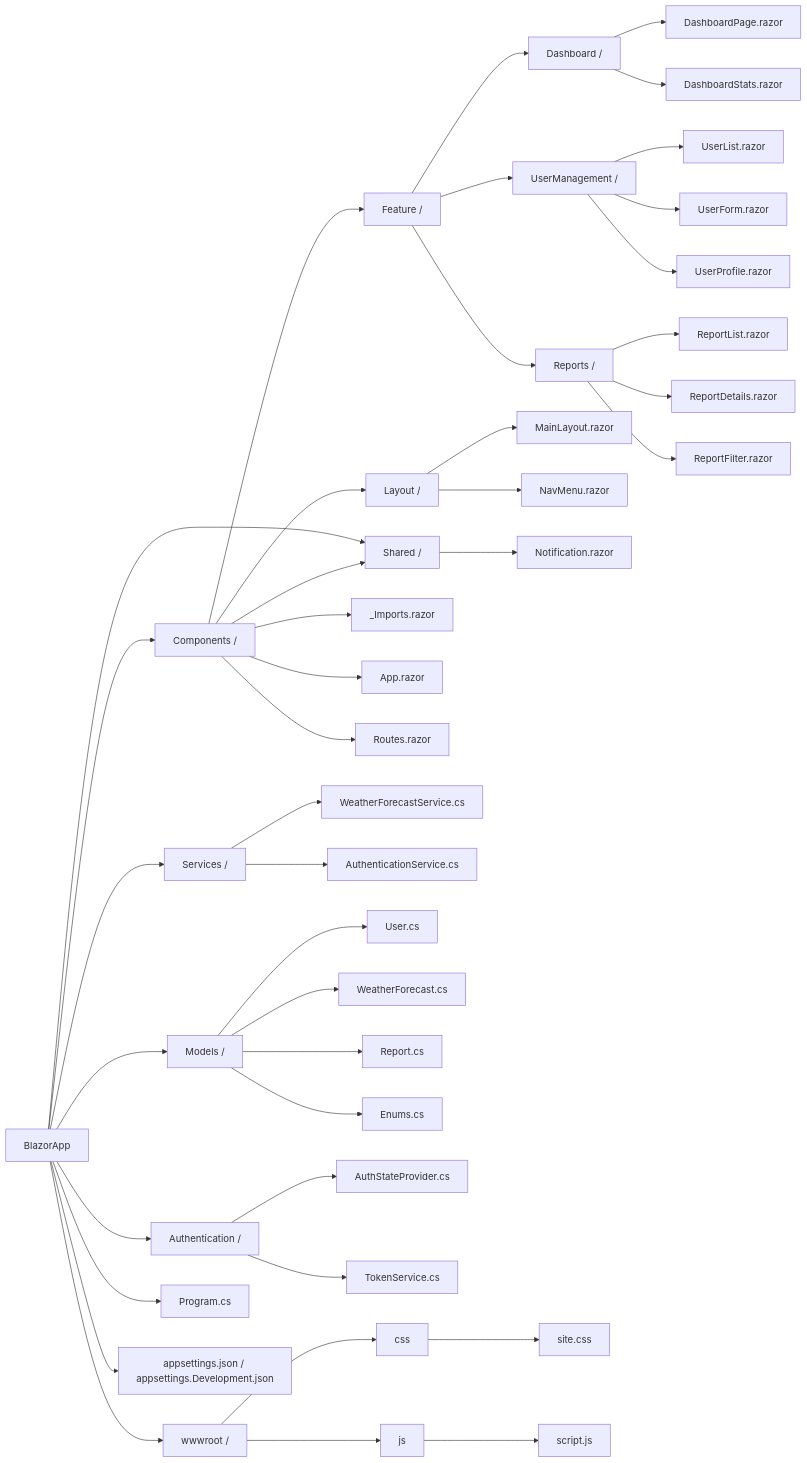
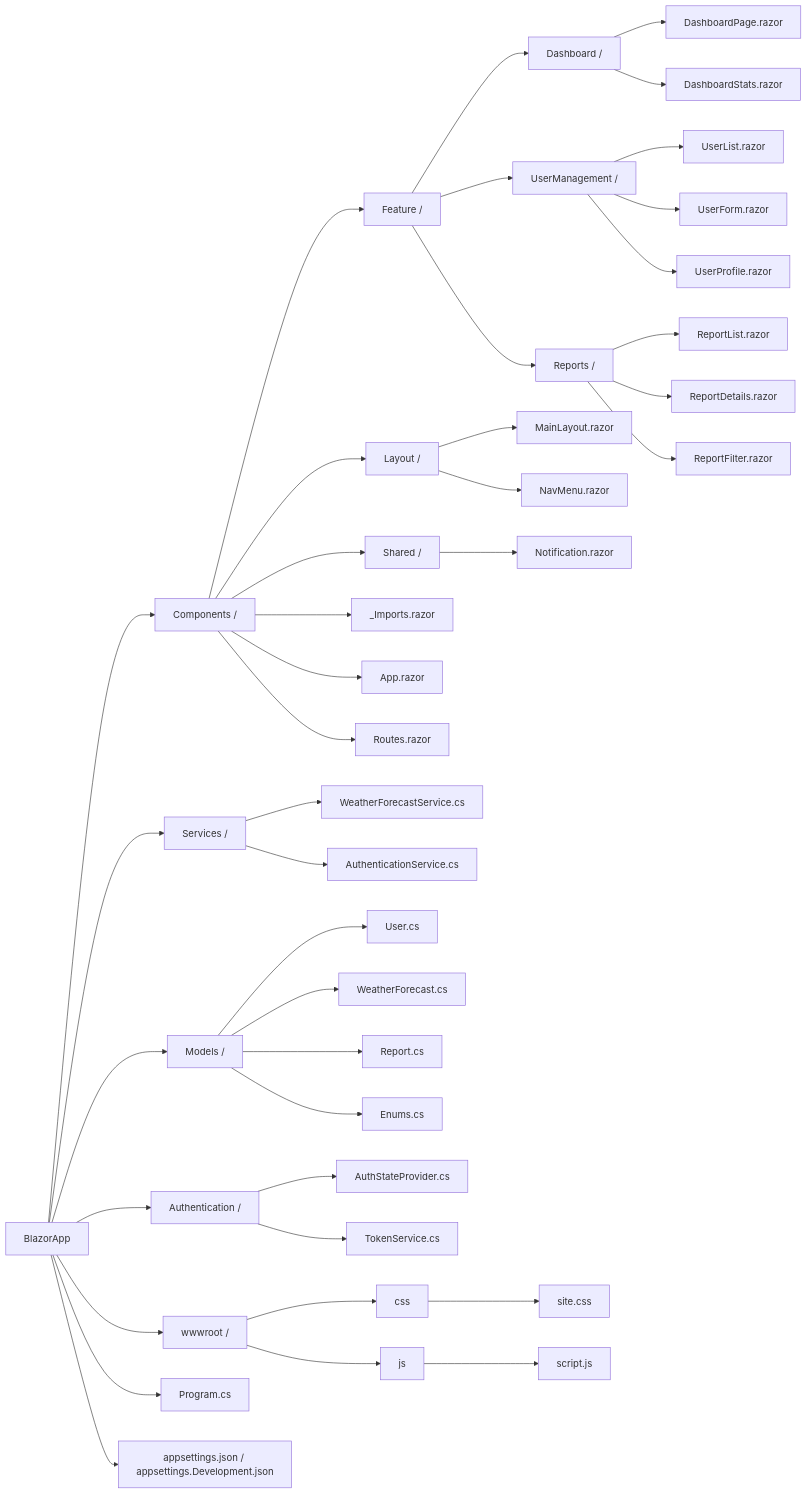
The diagram in C#/Blazor/Basic/Blazor file structure.md (uwspstar/20-Day-Challenge-List), drawn with Mermaid before and after one commit.

Commit message:
Update Blazor file structure.md

````diff
--- a/C#/Blazor/Basic/Blazor file structure.md
+++ b/C#/Blazor/Basic/Blazor file structure.md
@@ -224,48 +224,47 @@
 ```mermaid
 graph LR
     A[BlazorApp] --> B[Components /]
     A --> S[Services /]
-    A --> Sh[Shared /]
     A --> M[Models /]
     A --> AU[Authentication /]
     A --> W[wwwroot /]
     A --> P[Program.cs]
     A --> AppSettings[appsettings.json / appsettings.Development.json]
 
     B --> F[Feature /]
     F --> F1[Dashboard /]
     F1 --> F11[DashboardPage.razor]
     F1 --> F12[DashboardStats.razor]
     F --> F2[UserManagement /]
     F2 --> F21[UserList.razor]
     F2 --> F22[UserForm.razor]
     F2 --> F23[UserProfile.razor]
     F --> F3[Reports /]
     F3 --> F31[ReportList.razor]
     F3 --> F32[ReportDetails.razor]
     F3 --> F33[ReportFilter.razor]
     B --> L[Layout /]
     L --> L1[MainLayout.razor]
     L --> L2[NavMenu.razor]
     B --> Sh[Shared /]
     Sh --> Sh1[Notification.razor]
     B --> Import[_Imports.razor]
     B --> App[App.razor]
     B --> Routes[Routes.razor]
 
     S --> S1[WeatherForecastService.cs]
     S --> S2[AuthenticationService.cs]
 
     M --> M1[User.cs]
     M --> M2[WeatherForecast.cs]
     M --> M3[Report.cs]
     M --> M4[Enums.cs]
 
     AU --> AU1[AuthStateProvider.cs]
     AU --> AU2[TokenService.cs]
 
     W --> WC[css]
     WC --> WC1[site.css]
     W --> WJ[js]
     WJ --> WJ1[script.js]
 ```
````
